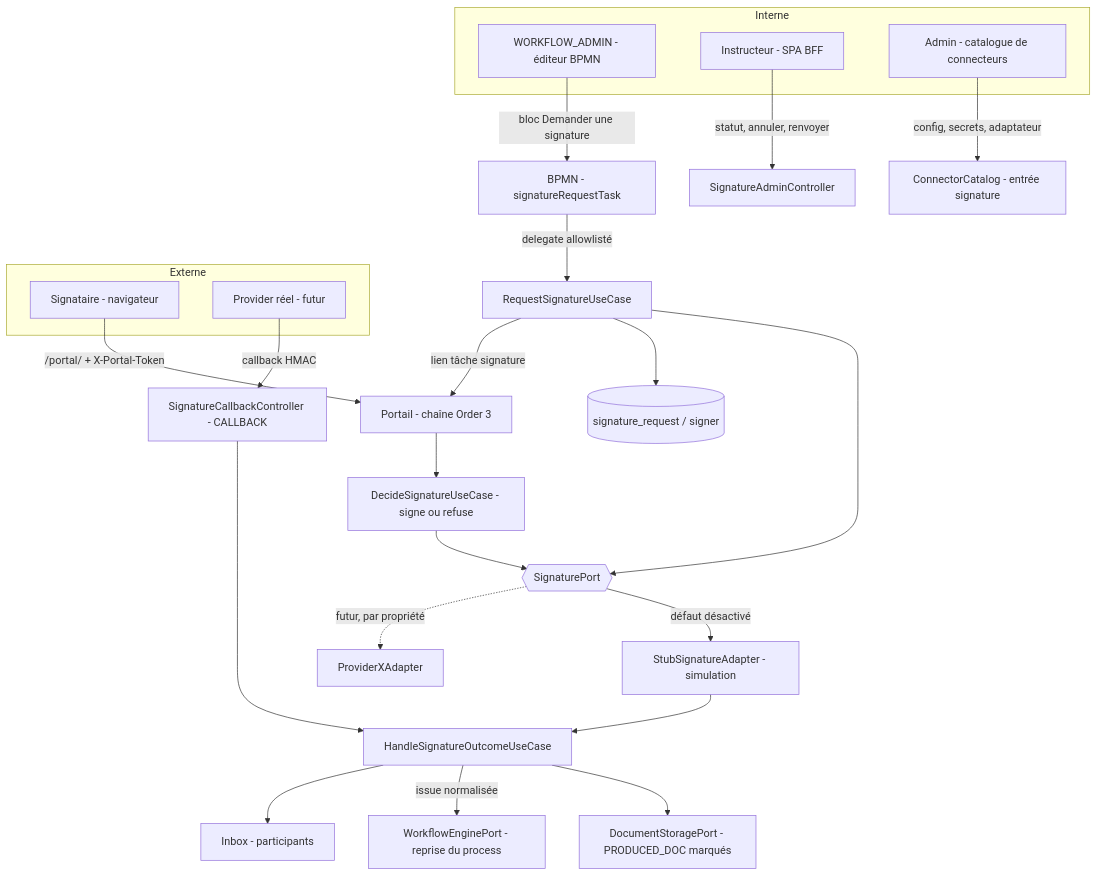
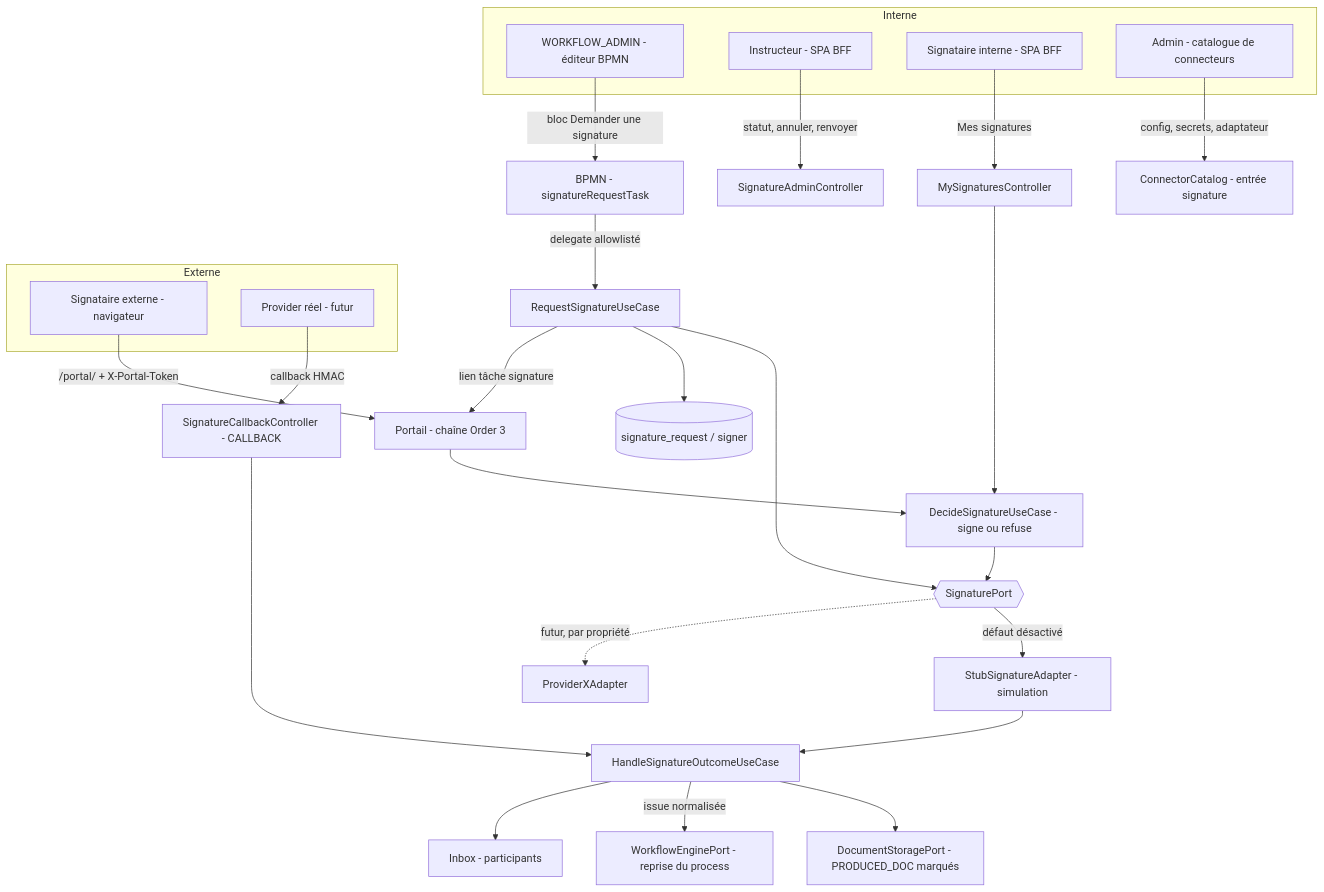
Before and after one commit to superjojo79/Myrmacta: the first of 2 diagrams in docs/ai/design/2026-09-29-feature-signature-electronique.md, drawn with Mermaid. The commit also changed other lines of this file and 7 other files, not shown here.

````diff
--- a/docs/ai/design/2026-09-29-feature-signature-electronique.md
+++ b/docs/ai/design/2026-09-29-feature-signature-electronique.md
@@ -17,31 +18,34 @@
 ```mermaid
 graph TD
     subgraph Externe
-        S[Signataire - navigateur]
+        S[Signataire externe - navigateur]
         P[Provider réel - futur]
     end
     subgraph Interne
         A[WORKFLOW_ADMIN - éditeur BPMN]
         I[Instructeur - SPA BFF]
+        SI[Signataire interne - SPA BFF]
         AD[Admin - catalogue de connecteurs]
     end
 
     A -->|bloc Demander une signature| BPMN[BPMN - signatureRequestTask]
     BPMN -->|delegate allowlisté| UC[RequestSignatureUseCase]
     UC --> PORT{{SignaturePort}}
     PORT -->|défaut désactivé| STUB[StubSignatureAdapter - simulation]
     PORT -.->|futur, par propriété| REAL[ProviderXAdapter]
     UC --> REPO[(signature_request / signer)]
     UC -->|lien tâche signature| PORTAL[Portail - chaîne Order 3]
     S -->|/portal/ + X-Portal-Token| PORTAL
     PORTAL --> DEC[DecideSignatureUseCase - signe ou refuse]
     DEC --> PORT
     P -->|callback HMAC| CB[SignatureCallbackController - CALLBACK]
     CB --> OUT[HandleSignatureOutcomeUseCase]
     STUB --> OUT
     OUT --> DOC[DocumentStoragePort - PRODUCED_DOC marqués]
     OUT -->|issue normalisée| FLOW[WorkflowEnginePort - reprise du process]
     OUT --> NOTIF[Inbox - participants]
     I -->|statut, annuler, renvoyer| ADMINAPI[SignatureAdminController]
+    SI -->|Mes signatures| MINE[MySignaturesController]
+    MINE --> DEC
     AD -->|config, secrets, adaptateur| CATALOG[ConnectorCatalog - entrée signature]
 ```
````
